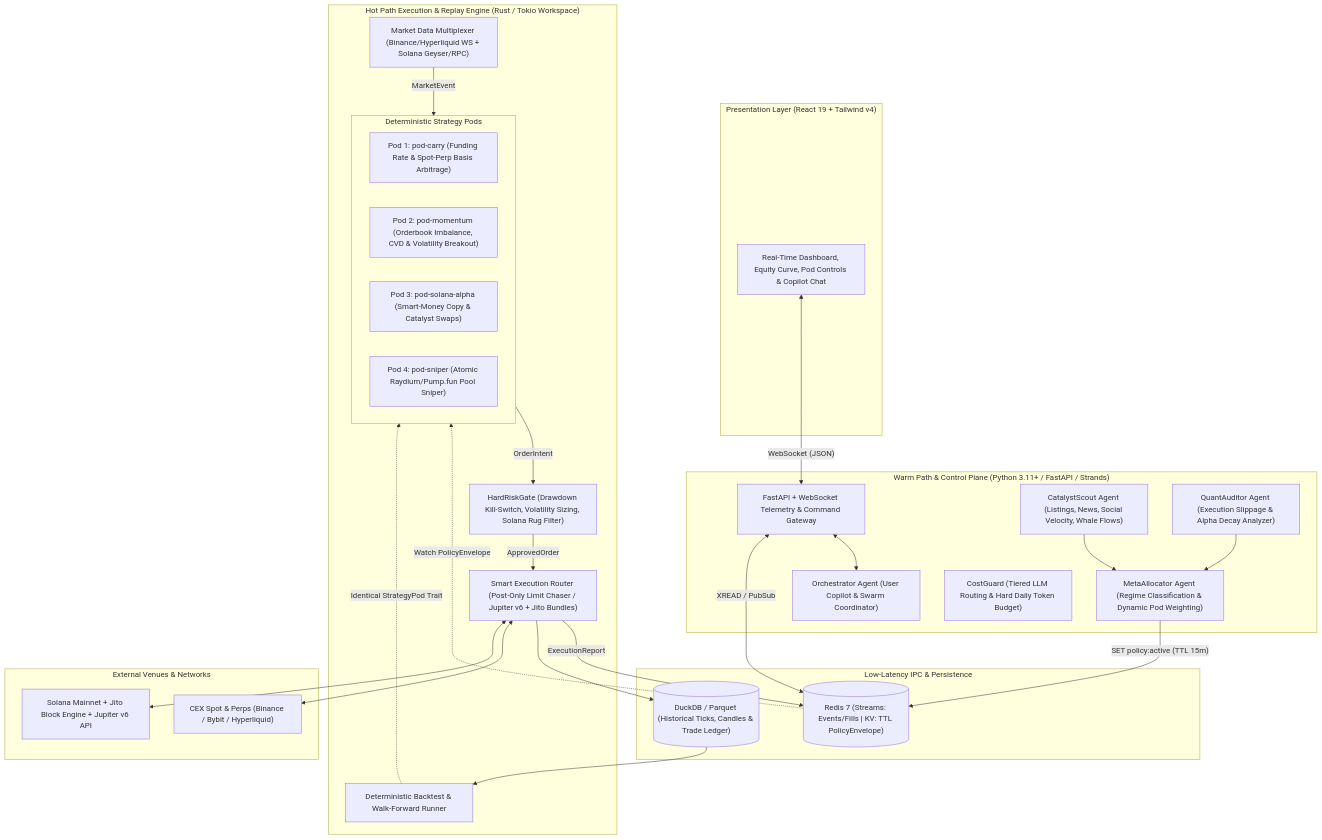
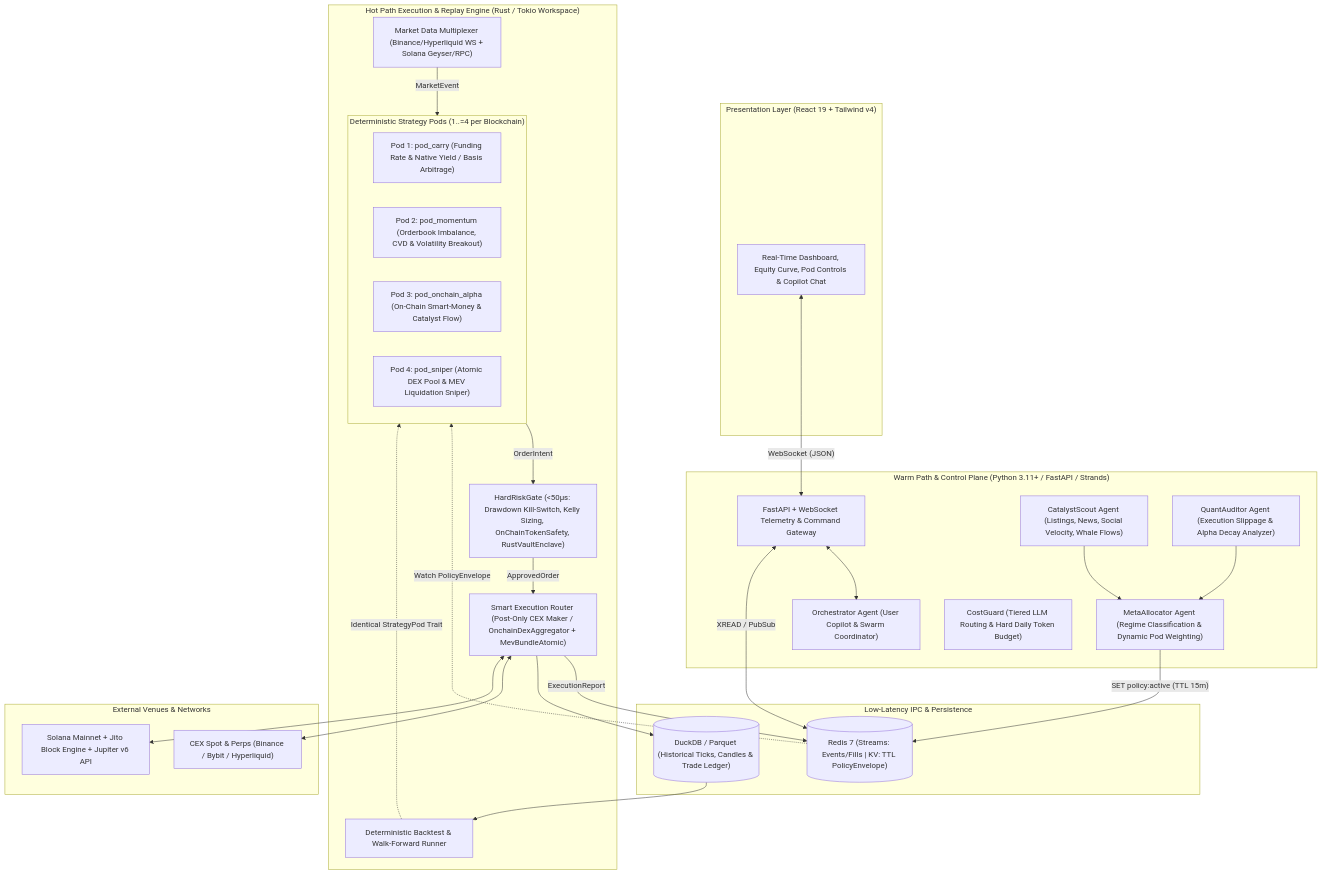
One commit to hcross/robotrader changed the diagram in docs/architecture.md. Above: the diagram before and after it, drawn with Mermaid. The commit also changed other lines of this file and 14 other files, not shown here.

Commit message:
refactor(multi-chain): generalize OrderIntent, StrategyPods, Venues and HardRiskGate away from Solana-specific naming

````diff
--- a/docs/architecture.md
+++ b/docs/architecture.md
@@ -22,58 +22,58 @@
 ```mermaid
 flowchart TB
     subgraph Client["Presentation Layer (React 19 + Tailwind v4)"]
         UI["Real-Time Dashboard, Equity Curve, Pod Controls & Copilot Chat"]
     end
 
     subgraph ControlAndWarm["Warm Path & Control Plane (Python 3.11+ / FastAPI / Strands)"]
         API["FastAPI + WebSocket Telemetry & Command Gateway"]
         Orch["Orchestrator Agent (User Copilot & Swarm Coordinator)"]
         Scout["CatalystScout Agent (Listings, News, Social Velocity, Whale Flows)"]
         Meta["MetaAllocator Agent (Regime Classification & Dynamic Pod Weighting)"]
         Auditor["QuantAuditor Agent (Execution Slippage & Alpha Decay Analyzer)"]
         Cost["CostGuard (Tiered LLM Routing & Hard Daily Token Budget)"]
     end
 
     subgraph Bus["Low-Latency IPC & Persistence"]
         Redis[("Redis 7 (Streams: Events/Fills | KV: TTL PolicyEnvelope)")]
         Storage[("DuckDB / Parquet (Historical Ticks, Candles & Trade Ledger)")]
     end
 
     subgraph HotPath["Hot Path Execution & Replay Engine (Rust / Tokio Workspace)"]
         Feed["Market Data Multiplexer (Binance/Hyperliquid WS + Solana Geyser/RPC)"]
         
-        subgraph Pods["Deterministic Strategy Pods"]
-            P1["Pod 1: pod-carry (Funding Rate & Spot-Perp Basis Arbitrage)"]
-            P2["Pod 2: pod-momentum (Orderbook Imbalance, CVD & Volatility Breakout)"]
-            P3["Pod 3: pod-solana-alpha (Smart-Money Copy & Catalyst Swaps)"]
-            P4["Pod 4: pod-sniper (Atomic Raydium/Pump.fun Pool Sniper)"]
+        subgraph Pods["Deterministic Strategy Pods (1..=4 per Blockchain)"]
+            P1["Pod 1: pod_carry (Funding Rate & Native Yield / Basis Arbitrage)"]
+            P2["Pod 2: pod_momentum (Orderbook Imbalance, CVD & Volatility Breakout)"]
+            P3["Pod 3: pod_onchain_alpha (On-Chain Smart-Money & Catalyst Flow)"]
+            P4["Pod 4: pod_sniper (Atomic DEX Pool & MEV Liquidation Sniper)"]
         end
 
-        Risk["HardRiskGate (Drawdown Kill-Switch, Volatility Sizing, Solana Rug Filter)"]
-        Exec["Smart Execution Router (Post-Only Limit Chaser / Jupiter v6 + Jito Bundles)"]
+        Risk["HardRiskGate (<50µs: Drawdown Kill-Switch, Kelly Sizing, OnChainTokenSafety, RustVaultEnclave)"]
+        Exec["Smart Execution Router (Post-Only CEX Maker / OnchainDexAggregator + MevBundleAtomic)"]
         Replay["Deterministic Backtest & Walk-Forward Runner"]
     end
 
     subgraph Venues["External Venues & Networks"]
         CEX["CEX Spot & Perps (Binance / Bybit / Hyperliquid)"]
         Solana["Solana Mainnet + Jito Block Engine + Jupiter v6 API"]
     end
 
     UI <-->|"WebSocket (JSON)"| API
     API <--> Orch
     Scout --> Meta
     Auditor --> Meta
     Meta -->|"SET policy:active (TTL 15m)"| Redis
     API <-->|"XREAD / PubSub"| Redis
 
     Feed -->|"MarketEvent"| Pods
     Redis -.->|"Watch PolicyEnvelope"| Pods
     Pods -->|"OrderIntent"| Risk
     Risk -->|"ApprovedOrder"| Exec
     Exec -->|"ExecutionReport"| Redis
     Exec --> Storage
     Exec <--> CEX
     Exec <--> Solana
     Storage --> Replay
     Replay -.->|"Identical StrategyPod Trait"| Pods
 ```
````
